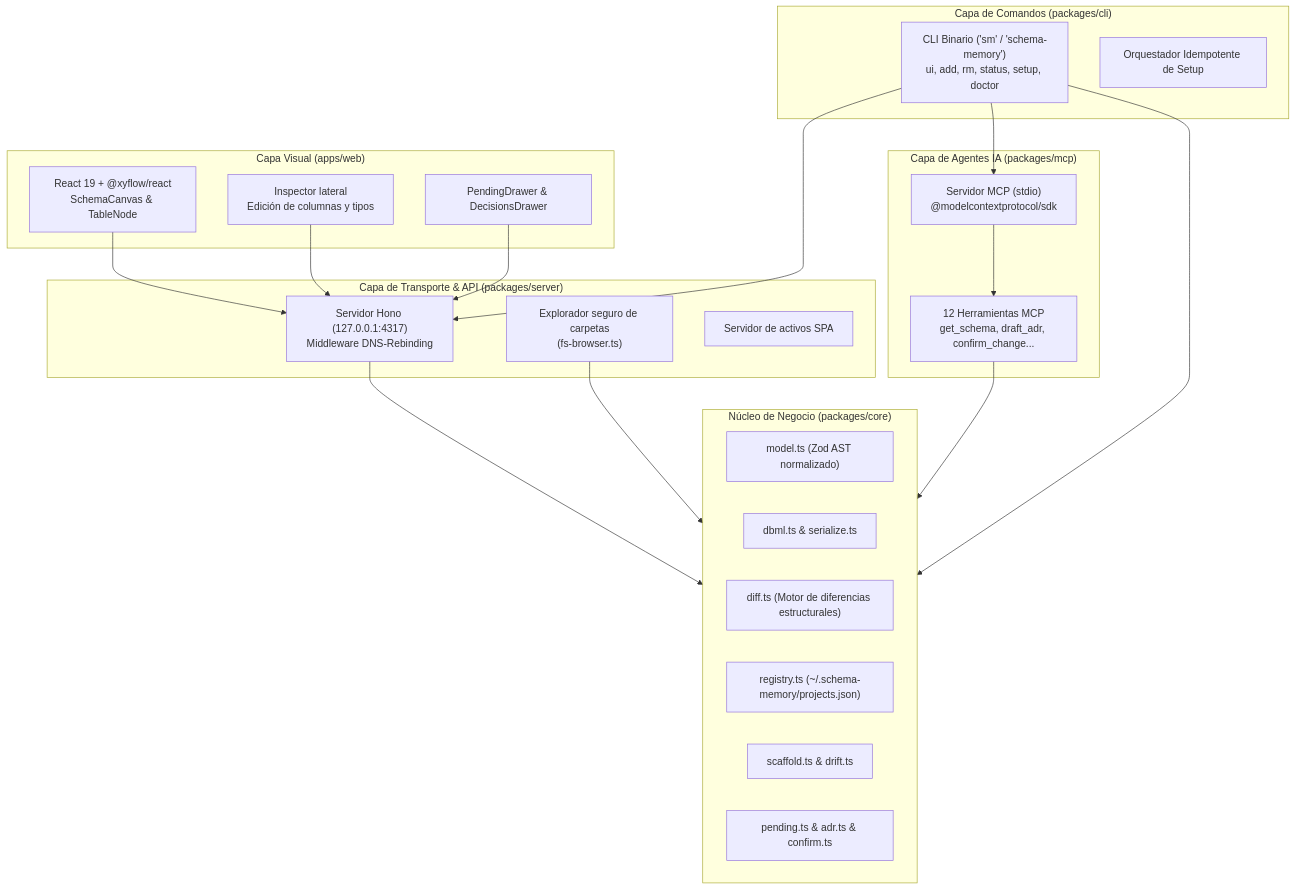
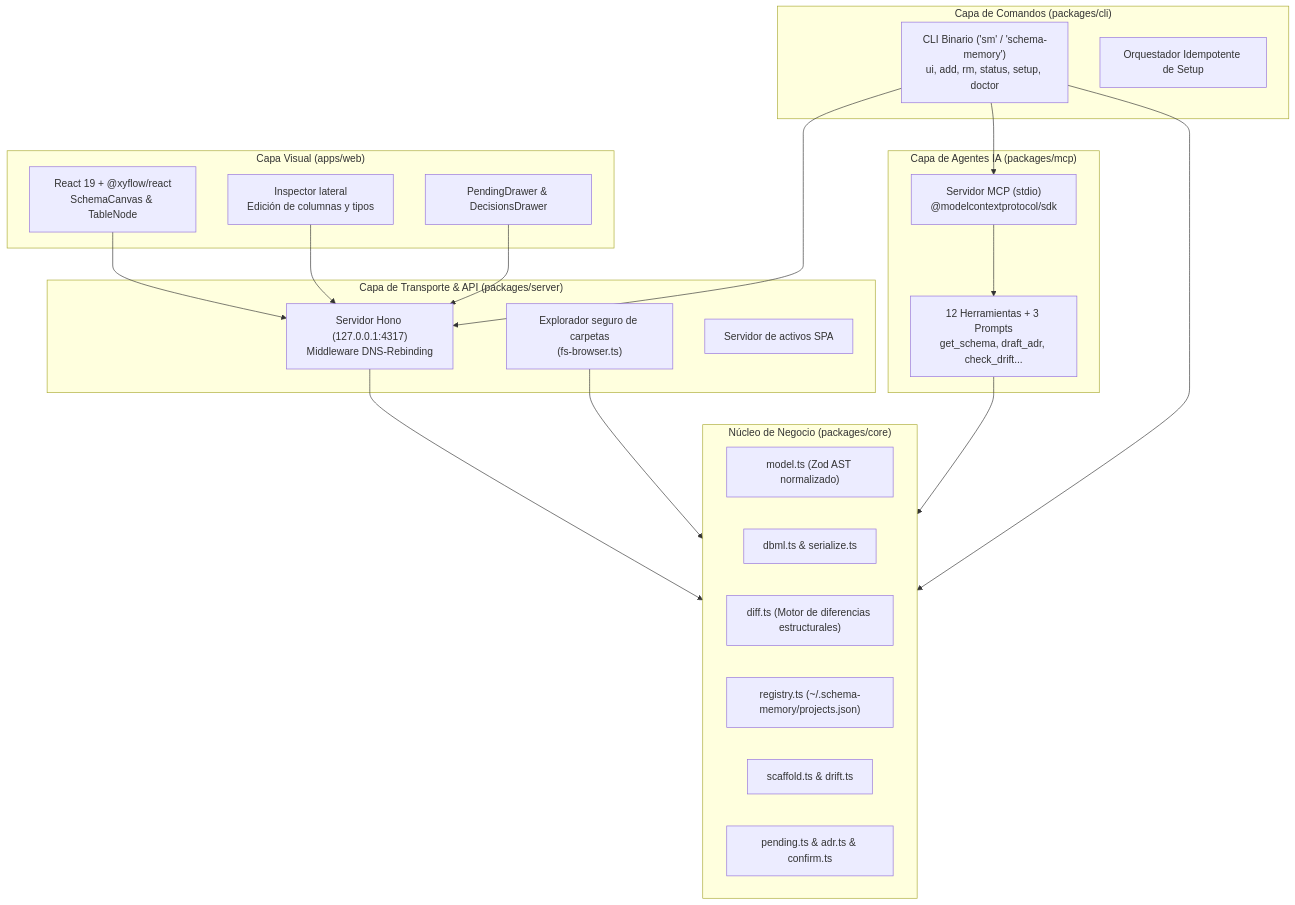
One commit to RaixsG/schema-memory changed the diagram in docs/architecture.md. Above: the diagram before and after it, drawn with Mermaid. The commit also changed other lines of this file and 9 other files, not shown here.

````diff
--- a/docs/architecture.md
+++ b/docs/architecture.md
@@ -28,44 +28,44 @@
 ```mermaid
 flowchart TD
     subgraph UI["Capa Visual (apps/web)"]
         Canvas["React 19 + @xyflow/react<br/>SchemaCanvas & TableNode"]
         Inspector["Inspector lateral<br/>Edición de columnas y tipos"]
         Drawers["PendingDrawer & DecisionsDrawer"]
     end
 
     subgraph Server["Capa de Transporte & API (packages/server)"]
         Hono["Servidor Hono (127.0.0.1:4317)<br/>Middleware DNS-Rebinding"]
         FsBrowser["Explorador seguro de carpetas<br/>(fs-browser.ts)"]
         StaticServe["Servidor de activos SPA"]
     end
 
     subgraph Agents["Capa de Agentes IA (packages/mcp)"]
         StdioMCP["Servidor MCP (stdio)<br/>@modelcontextprotocol/sdk"]
-        Tools12["12 Herramientas MCP<br/>get_schema, draft_adr, confirm_change..."]
+        Tools12["12 Herramientas + 3 Prompts<br/>get_schema, draft_adr, check_drift..."]
     end
 
     subgraph CLI["Capa de Comandos (packages/cli)"]
         Commander["CLI Binario ('sm' / 'schema-memory')<br/>ui, add, rm, status, setup, doctor"]
         SetupEngine["Orquestador Idempotente de Setup"]
     end
 
     subgraph Core["Núcleo de Negocio (packages/core)"]
         Model["model.ts (Zod AST normalizado)"]
         Dbml["dbml.ts & serialize.ts"]
         Diff["diff.ts (Motor de diferencias estructurales)"]
         Registry["registry.ts (~/.schema-memory/projects.json)"]
         Scaffold["scaffold.ts & drift.ts"]
         ADR["pending.ts & adr.ts & confirm.ts"]
     end
 
     Canvas --> Hono
     Inspector --> Hono
     Drawers --> Hono
     Hono --> Core
     FsBrowser --> Core
     StdioMCP --> Tools12
     Tools12 --> Core
     Commander --> Core
     Commander --> StdioMCP
     Commander --> Hono
 ```
````
